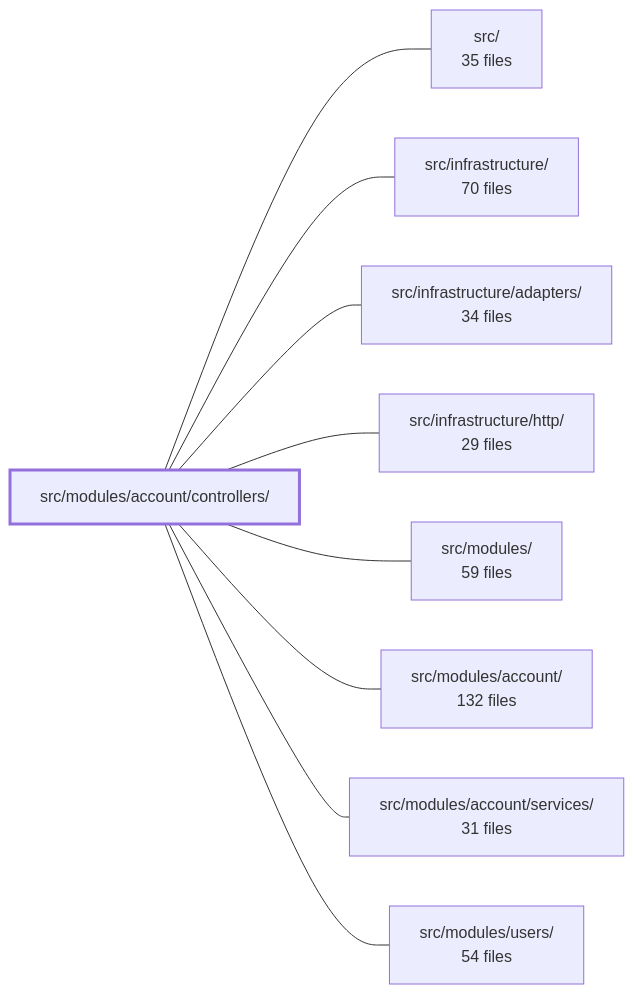
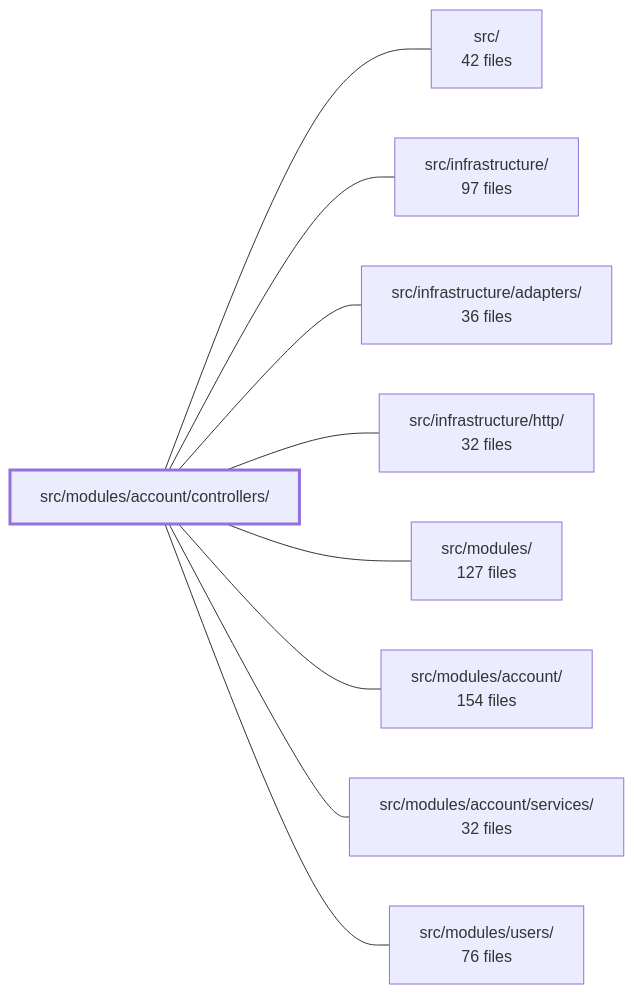
Before and after one commit to Guebbit/boilerplate-node-backend: the diagram in .2brain/modules/boilerplate-node-backend_src_modules_account_controllers.md, drawn with Mermaid. The commit also changed other lines of this file and 1775 other files, not shown here.

````diff
--- a/.2brain/modules/boilerplate-node-backend_src_modules_account_controllers.md
+++ b/.2brain/modules/boilerplate-node-backend_src_modules_account_controllers.md
@@ -41,21 +42,21 @@
 ```mermaid
 flowchart LR
     m_src_modules_account_controllers["src/modules/account/controllers/"]
-    m_src["src/<br/>35 files"]
-    m_src_infrastructure["src/infrastructure/<br/>70 files"]
-    m_src_infrastructure_adapters["src/infrastructure/adapters/<br/>34 files"]
-    m_src_infrastructure_http["src/infrastructure/http/<br/>29 files"]
-    m_src_modules["src/modules/<br/>59 files"]
-    m_src_modules_account["src/modules/account/<br/>132 files"]
-    m_src_modules_account_services["src/modules/account/services/<br/>31 files"]
-    m_src_modules_users["src/modules/users/<br/>54 files"]
+    m_src["src/<br/>42 files"]
+    m_src_infrastructure["src/infrastructure/<br/>97 files"]
+    m_src_infrastructure_adapters["src/infrastructure/adapters/<br/>36 files"]
+    m_src_infrastructure_http["src/infrastructure/http/<br/>32 files"]
+    m_src_modules["src/modules/<br/>127 files"]
+    m_src_modules_account["src/modules/account/<br/>154 files"]
+    m_src_modules_account_services["src/modules/account/services/<br/>32 files"]
+    m_src_modules_users["src/modules/users/<br/>76 files"]
     m_src_modules_account_controllers --- m_src
     m_src_modules_account_controllers --- m_src_infrastructure
     m_src_modules_account_controllers --- m_src_infrastructure_adapters
     m_src_modules_account_controllers --- m_src_infrastructure_http
     m_src_modules_account_controllers --- m_src_modules
     m_src_modules_account_controllers --- m_src_modules_account
     m_src_modules_account_controllers --- m_src_modules_account_services
     m_src_modules_account_controllers --- m_src_modules_users
     style m_src_modules_account_controllers stroke-width:3px
 ```
````
